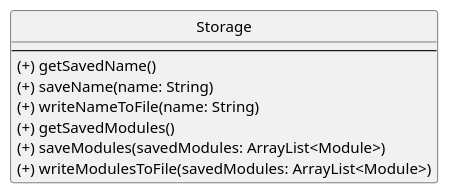
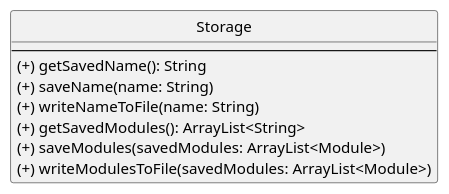
The diagram in docs/diagrams/StorageClass.puml (saintzaw/tp), drawn with PlantUML before and after one commit. The commit also changed 1 other file, not shown here.

Commit message:
Update storage diagram

```diff
--- a/docs/diagrams/StorageClass.puml
+++ b/docs/diagrams/StorageClass.puml
@@ -1,16 +1,16 @@
 @startuml
 'https://plantuml.com/class-diagram
 hide circle
 
 class Storage {
 --
-(+) getSavedName()
+(+) getSavedName(): String
 (+) saveName(name: String)
 (+) writeNameToFile(name: String)
-(+) getSavedModules()
+(+) getSavedModules(): ArrayList<String>
 (+) saveModules(savedModules: ArrayList<Module>)
 (+) writeModulesToFile(savedModules: ArrayList<Module>)
 }
 
 
 @enduml
```
